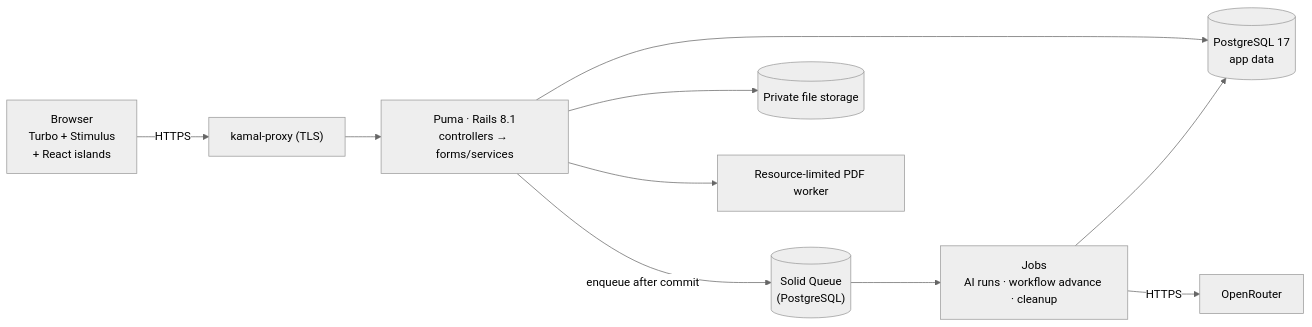
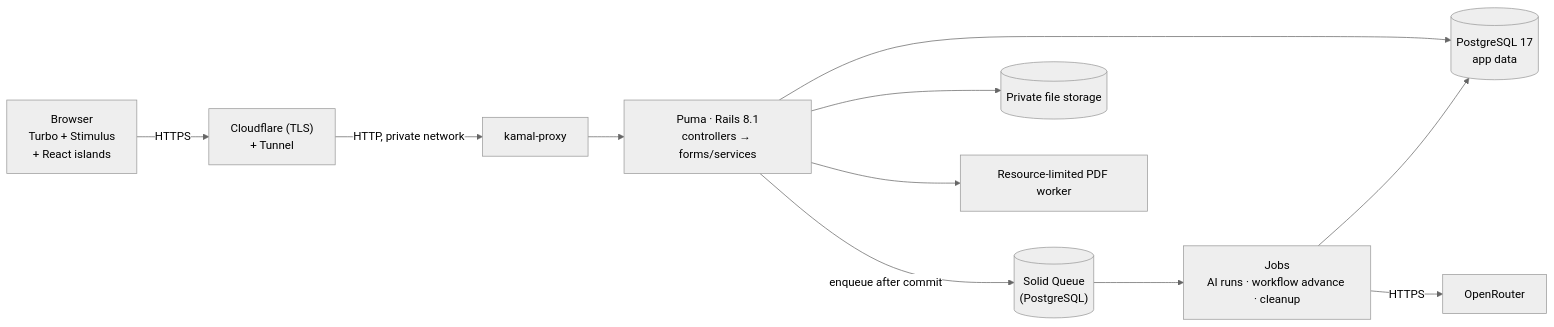
One commit to XKeviNguyen/three_heavens changed the first of 4 diagrams in README.md. Above: the diagram before and after it, drawn with Mermaid (neutral theme). The commit also changed other lines of this file and 2 other files, not shown here.

Commit message:
Describe the Cloudflare Tunnel as the committed deployment topology

````diff
--- a/README.md
+++ b/README.md
@@ -109,12 +109,13 @@
 ```mermaid
 flowchart LR
-  B["Browser<br/>Turbo + Stimulus<br/>+ React islands"] -->|HTTPS| KP["kamal-proxy (TLS)"]
+  B["Browser<br/>Turbo + Stimulus<br/>+ React islands"] -->|HTTPS| CF["Cloudflare (TLS)<br/>+ Tunnel"]
+  CF -->|HTTP, private network| KP["kamal-proxy"]
   KP --> PU["Puma · Rails 8.1<br/>controllers → forms/services"]
   PU --> PG[("PostgreSQL 17<br/>app data")]
   PU -->|enqueue after commit| Q[("Solid Queue<br/>(PostgreSQL)")]
   Q --> J["Jobs<br/>AI runs · workflow advance · cleanup"]
   J --> PG
   J -->|HTTPS| OR["OpenRouter"]
   PU --> FS[("Private file storage")]
   PU --> PDF["Resource-limited PDF worker"]
 ```
````
